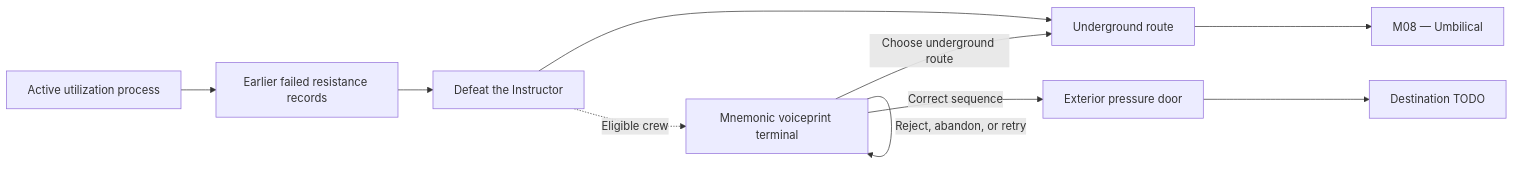
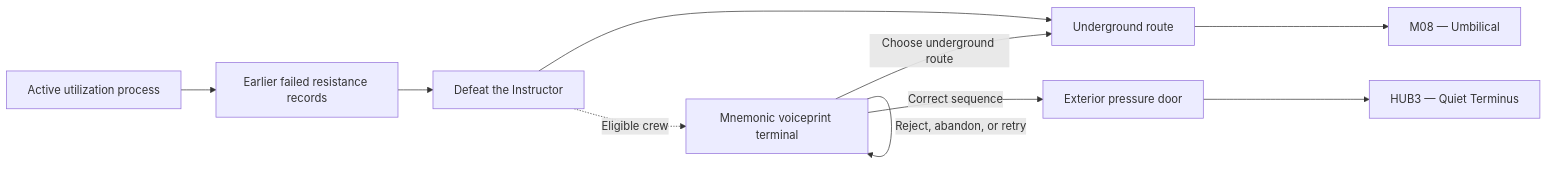
One commit to justgook/imprint-zero changed the diagram in missions/m07.md. Above: the diagram before and after it, drawn with Mermaid. The commit also changed other lines of this file and 3 other files, not shown here.

````diff
--- a/missions/m07.md
+++ b/missions/m07.md
@@ -18,13 +18,13 @@
 ```mermaid
 flowchart LR
     Process[Active utilization process] --> Evidence[Earlier failed resistance records]
     Evidence --> Instructor[Defeat the Instructor]
     Instructor --> Underground[Underground route]
     Underground --> M08[M08 — Umbilical]
 
     Instructor -. Eligible crew .-> Terminal[Mnemonic voiceprint terminal]
     Terminal -->|Correct sequence| Exterior[Exterior pressure door]
     Terminal -->|Reject, abandon, or retry| Terminal
     Terminal -->|Choose underground route| Underground
-    Exterior --> TODO[Destination TODO]
+    Exterior --> HUB3[HUB3 — Quiet Terminus]
 ```
````
